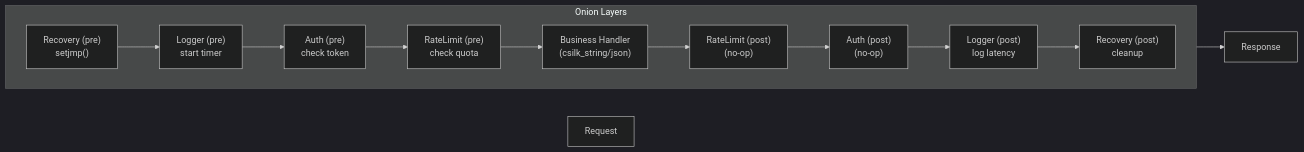
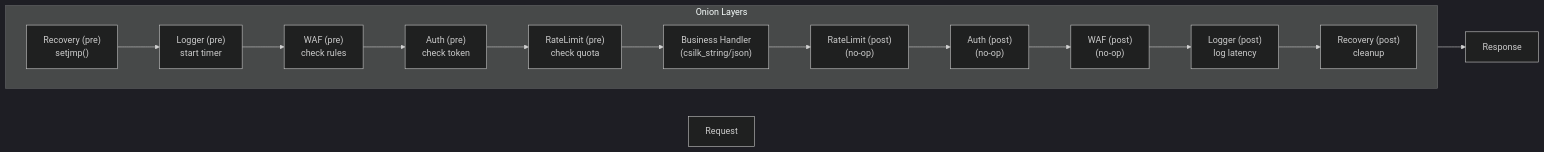
Before and after one commit to quintin-lee/csilk: the third of 12 diagrams in docs/architecture.md, drawn with Mermaid (dark theme). The commit also changed other lines of this file and 2 other files, not shown here.

Commit message:
docs: 📝 update project documentation (csilkskel path, version, WAF middleware)
更新文档：

- 修复 docs/getting-started.md 中的 csilkskel 路径，移除冗余 git clone 步骤

- 更新 docs/index.md 和 docs/architecture.md 日期至 2026-06-24

- 在 architecture.md 的 mermaid 图中添加 WAF 中间件

- 在 getting-started.md 中添加 USE_COVERAGE 和 ENABLE_OOM_TEST 构建选项

````diff
--- a/docs/architecture.md
+++ b/docs/architecture.md
@@ -137,18 +137,20 @@
 ```mermaid
 flowchart LR
     REQ["Request"]
 
     subgraph "Onion Layers"
         direction LR
         L1i["Recovery (pre)<br/>setjmp()"] --> L2i["Logger (pre)<br/>start timer"]
-        L2i --> L3i["Auth (pre)<br/>check token"]
-        L3i --> L4i["RateLimit (pre)<br/>check quota"]
-        L4i --> CORE["Business Handler<br/>(csilk_string/json)"]
-        CORE --> L4o["RateLimit (post)<br/>(no-op)"]
-        L4o --> L3o["Auth (post)<br/>(no-op)"]
+        L2i --> L3i["WAF (pre)<br/>check rules"]
+        L3i --> L4i["Auth (pre)<br/>check token"]
+        L4i --> L5i["RateLimit (pre)<br/>check quota"]
+        L5i --> CORE["Business Handler<br/>(csilk_string/json)"]
+        CORE --> L5o["RateLimit (post)<br/>(no-op)"]
+        L5o --> L4o["Auth (post)<br/>(no-op)"]
+        L4o --> L3o["WAF (post)<br/>(no-op)"]
         L3o --> L2o["Logger (post)<br/>log latency"]
         L2o --> L1o["Recovery (post)<br/>cleanup"]
     end
 
     L1o --> RES["Response"]
 ```
````
